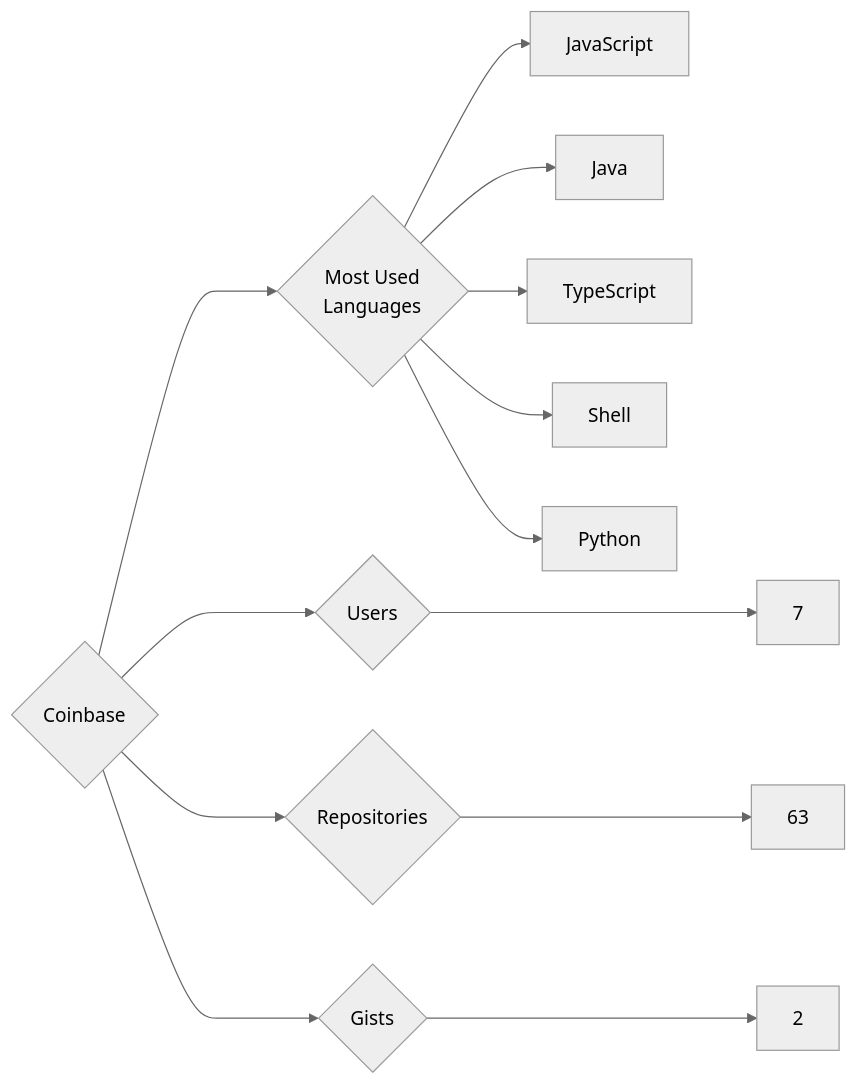
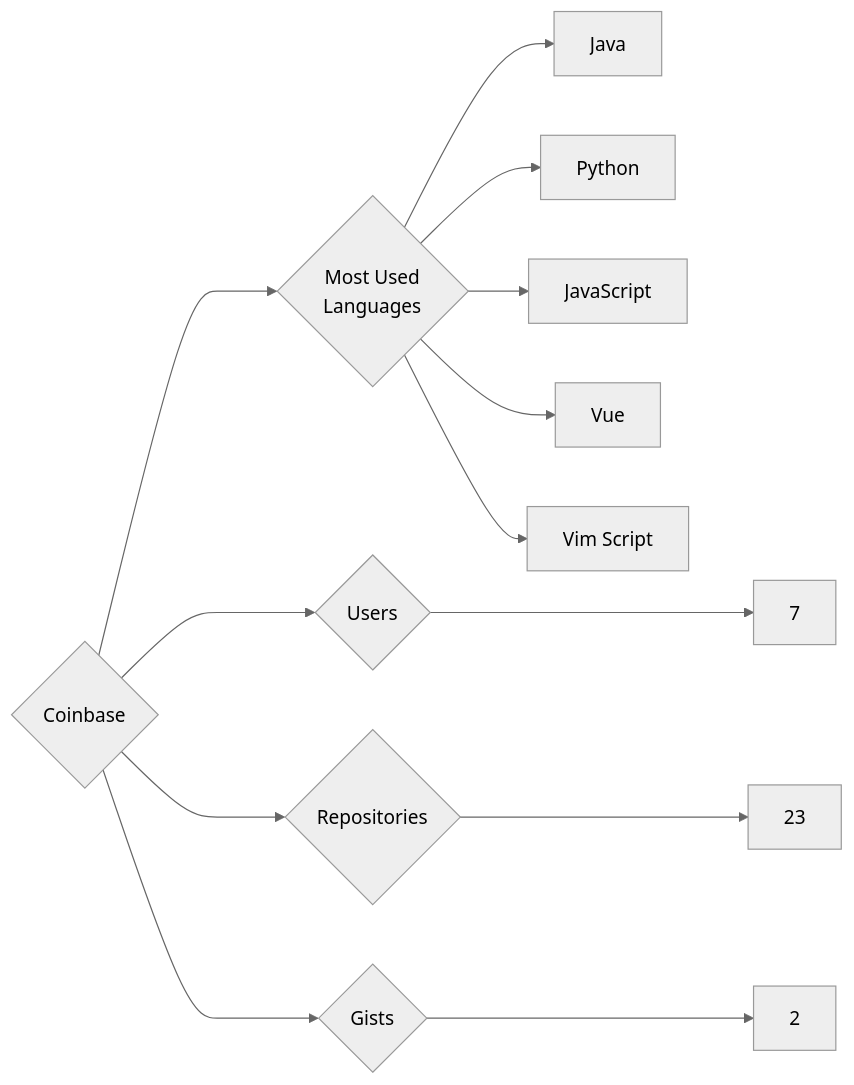
The diagram in targets/Coinbase/README.md (trickest/insiders), drawn with Mermaid (neutral theme) before and after one commit. The commit also changed 724 other files, not shown here.

````diff
--- a/targets/Coinbase/README.md
+++ b/targets/Coinbase/README.md
@@ -3,13 +3,13 @@
 ```mermaid
 graph LR
 COMPANY_NAME{Coinbase}
 COMPANY_NAME ---> U{Users} ---> UN[7]
-COMPANY_NAME ---> R{Repositories} ---> RN[63]
+COMPANY_NAME ---> R{Repositories} ---> RN[23]
 COMPANY_NAME ---> G{Gists} ---> GN[2]
 COMPANY_NAME ---> ML{Most Used<br>Languages}
+ML --> Java[Java]
+ML --> Python[Python]
 ML --> JavaScript[JavaScript]
-ML --> Java[Java]
-ML --> TypeScript[TypeScript]
-ML --> Shell[Shell]
-ML --> Python[Python]
+ML --> Vue[Vue]
+ML --> Vim_Script[Vim Script]
 ```
````
